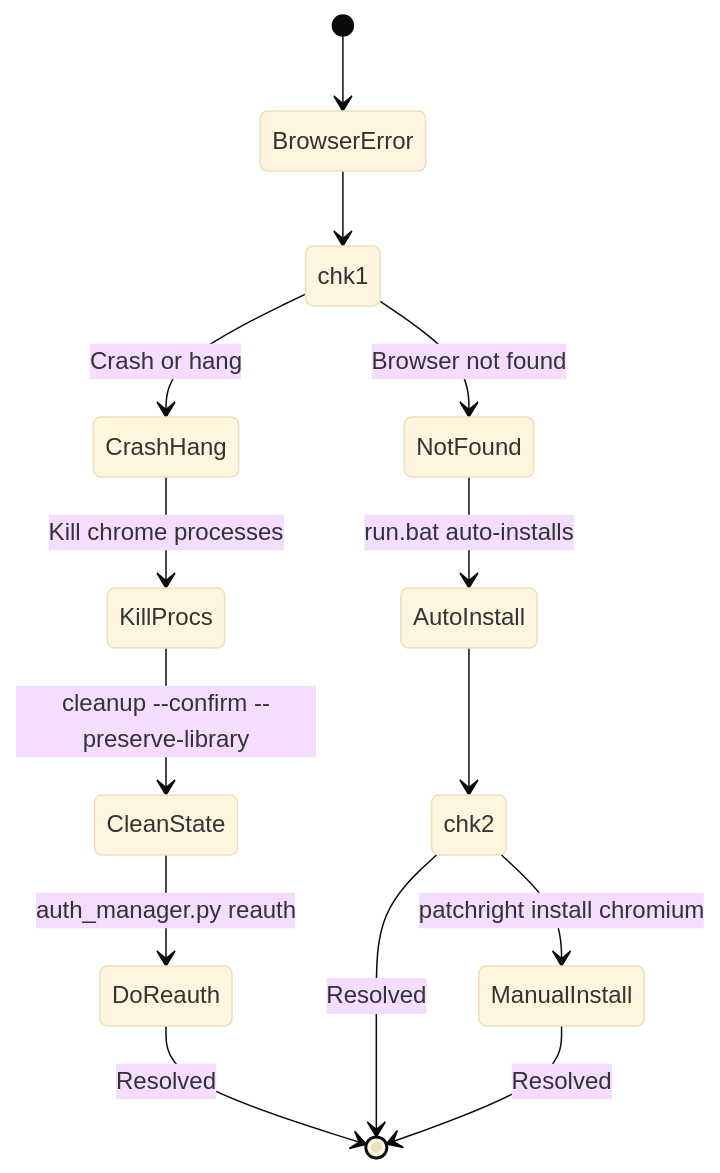
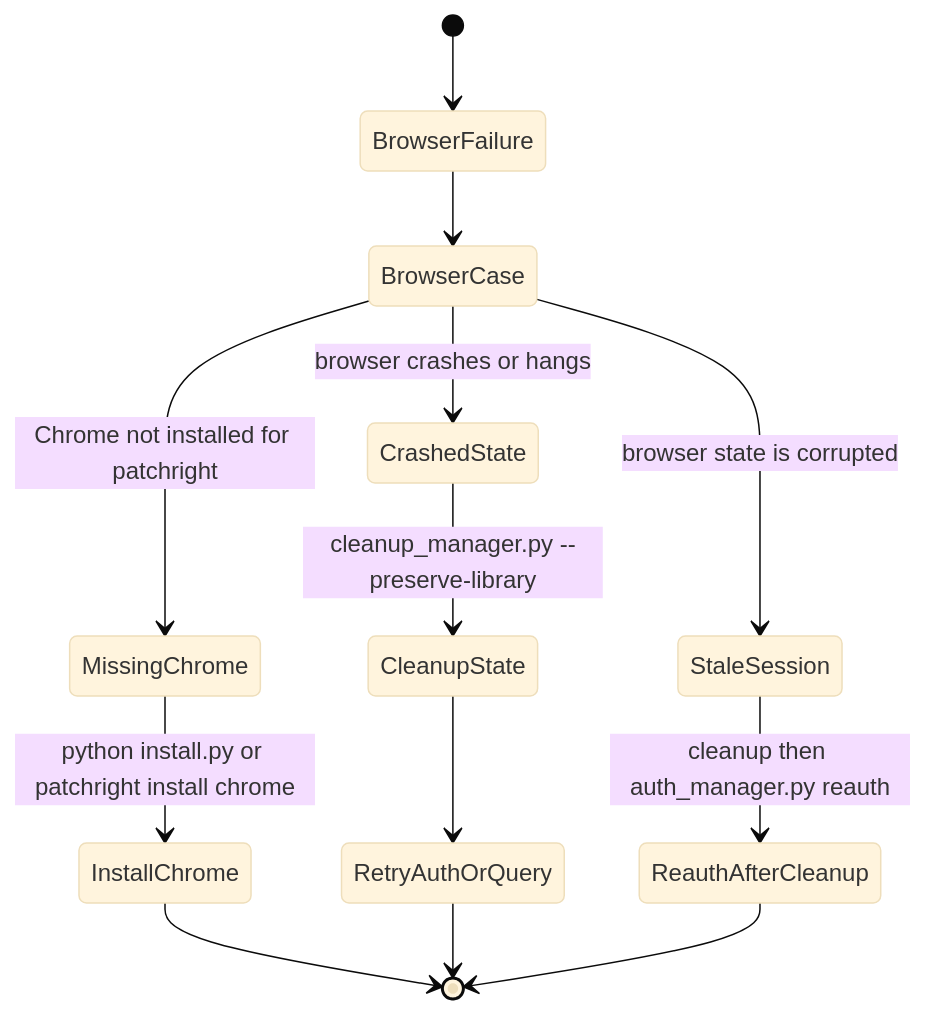
Before and after one commit to khengyun/notebooklm-experts-skill: the third of 6 diagrams in references/troubleshooting.md, drawn with Mermaid (base theme). The commit also changed other lines of this file and 23 other files, not shown here.

````diff
--- a/references/troubleshooting.md
+++ b/references/troubleshooting.md
@@ -80,21 +70,20 @@
 ```mermaid
 stateDiagram-v2
-    [*] --> BrowserError
+    [*] --> BrowserFailure
 
-    BrowserError --> chk1
-    state chk1 <<choice>>
-    chk1 --> CrashHang: Crash or hang
-    chk1 --> NotFound: Browser not found
+    BrowserFailure --> BrowserCase
+    state BrowserCase <<choice>>
+    BrowserCase --> MissingChrome: Chrome not installed for patchright
+    BrowserCase --> CrashedState: browser crashes or hangs
+    BrowserCase --> StaleSession: browser state is corrupted
 
-    CrashHang --> KillProcs: Kill chrome processes
-    KillProcs --> CleanState: cleanup --confirm --preserve-library
-    CleanState --> DoReauth: auth_manager.py reauth
-    DoReauth --> [*]: Resolved
+    MissingChrome --> InstallChrome: python install.py or patchright install chrome
+    InstallChrome --> [*]
 
-    NotFound --> AutoInstall: run.bat auto-installs
-    AutoInstall --> chk2
-    state chk2 <<choice>>
-    chk2 --> [*]: Resolved
-    chk2 --> ManualInstall: patchright install chromium
-    ManualInstall --> [*]: Resolved
+    CrashedState --> CleanupState: cleanup_manager.py --preserve-library
+    CleanupState --> RetryAuthOrQuery
+    RetryAuthOrQuery --> [*]
+
+    StaleSession --> ReauthAfterCleanup: cleanup then auth_manager.py reauth
+    ReauthAfterCleanup --> [*]
 ```
````
